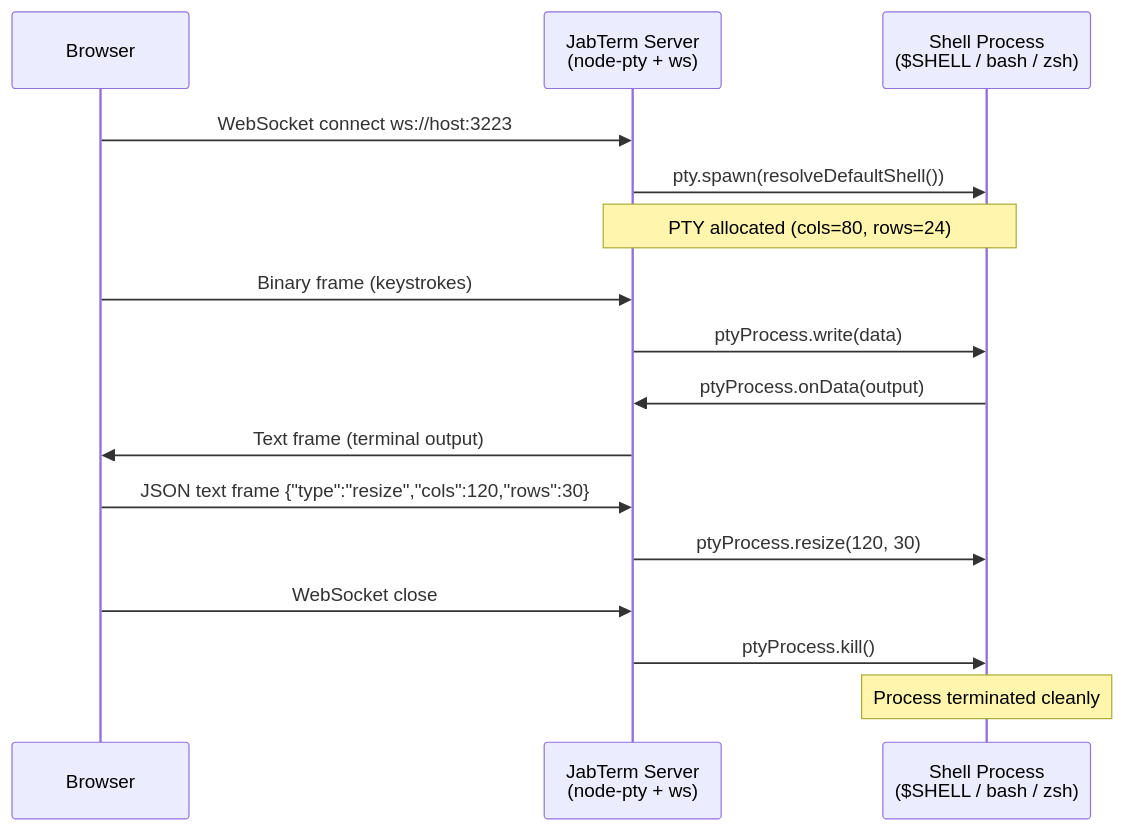
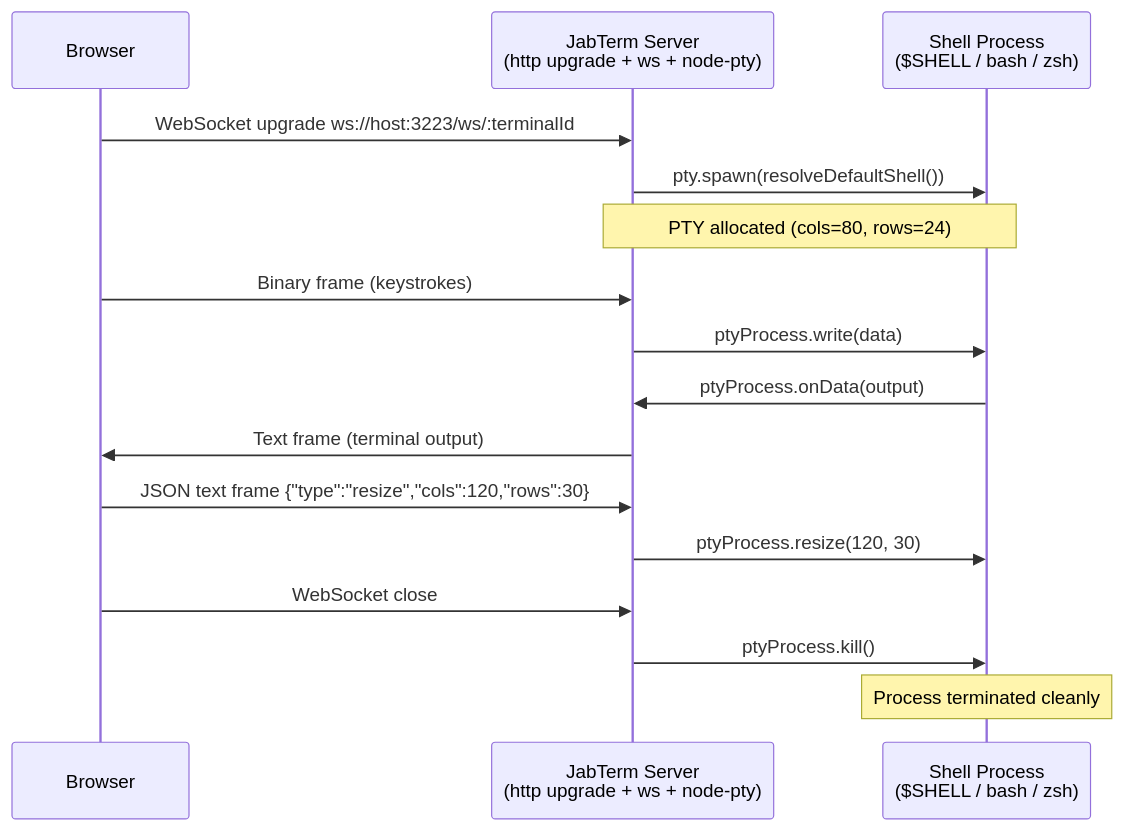
The first of 3 diagrams in docs/ARCHITECTURE.md (holiber/jabterm), drawn with Mermaid before and after one commit. The commit also changed other lines of this file and 4 other files, not shown here.

Commit message:
tests/docs: cover hooks and refresh README/ARCHITECTURE

````diff
--- a/docs/ARCHITECTURE.md
+++ b/docs/ARCHITECTURE.md
@@ -14,22 +38,22 @@
 ```mermaid
 sequenceDiagram
     participant Browser
-    participant JabTermServer as JabTerm Server<br/>(node-pty + ws)
+    participant JabTermServer as JabTerm Server<br/>(http upgrade + ws + node-pty)
     participant Shell as Shell Process<br/>($SHELL / bash / zsh)
 
-    Browser->>JabTermServer: WebSocket connect ws://host:3223
+    Browser->>JabTermServer: WebSocket upgrade ws://host:3223/ws/:terminalId
     JabTermServer->>Shell: pty.spawn(resolveDefaultShell())
     Note over JabTermServer,Shell: PTY allocated (cols=80, rows=24)
 
     Browser->>JabTermServer: Binary frame (keystrokes)
     JabTermServer->>Shell: ptyProcess.write(data)
     Shell->>JabTermServer: ptyProcess.onData(output)
     JabTermServer->>Browser: Text frame (terminal output)
 
     Browser->>JabTermServer: JSON text frame {"type":"resize","cols":120,"rows":30}
     JabTermServer->>Shell: ptyProcess.resize(120, 30)
 
     Browser->>JabTermServer: WebSocket close
     JabTermServer->>Shell: ptyProcess.kill()
     Note over Shell: Process terminated cleanly
 ```
````
